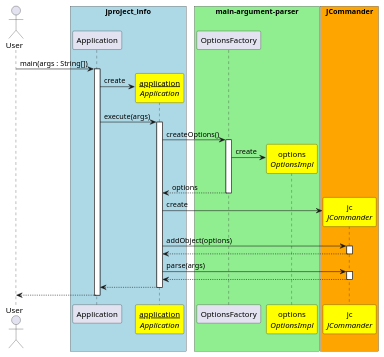
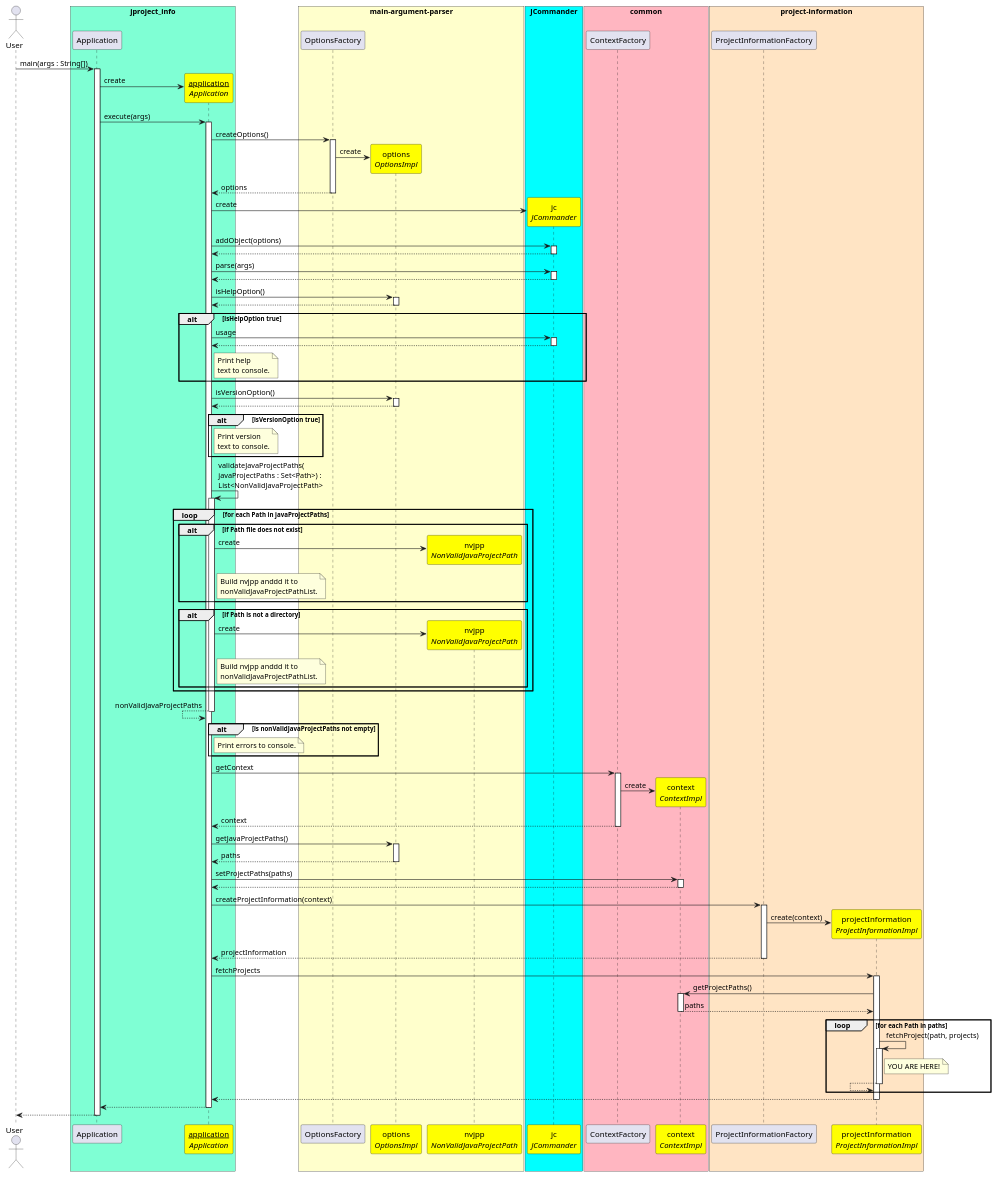
The diagram in sequencediagra.puml (teinelund/jproject-info), drawn with PlantUML before and after one commit.

Commit message:
Added more stuff to the sequence diagram.

```diff
--- a/sequencediagra.puml
+++ b/sequencediagra.puml
@@ -1,42 +1,131 @@
 @startuml
 autoactivate on
 
 actor User
 participant "__application__\n//Application//" as Application1 #Yellow
 participant "options\n//OptionsImpl//" as OptionsImpl1 #Yellow
 participant "jc\n//JCommander//" as JCommander1 #Yellow
+participant "nvjpp\n//NonValidJavaProjectPath//" as NonValidJavaProjectPath1 #Yellow
+participant "context\n//ContextImpl//" as ContextImpl1 #Yellow
+participant "projectInformation\n//ProjectInformationImpl//" as ProjectInformationImpl1 #Yellow
 
-box "jproject_info" #LightBlue
+box "jproject_info" #Aquamarine
 participant Application
 participant Application1
 end box
 
-box "main-argument-parser" #LightGreen
+box "main-argument-parser" #Business
 participant OptionsFactory
 participant OptionsImpl1
+participant NonValidJavaProjectPath1
 end box
 
-box "JCommander" #Orange
+box "JCommander" #Cyan
 participant JCommander1
+end box
+
+box "common" #LightPink
+participant ContextFactory
+participant ContextImpl1
+end box
+
+box "project-information" #Bisque
+participant ProjectInformationFactory
+participant ProjectInformationImpl1
 end box
 
 User -> Application : main(args : String[])
 
 Application -> Application1 ** : create
 Application -> Application1 : execute(args)
 
 Application1 -> OptionsFactory : createOptions()
 OptionsFactory -> OptionsImpl1 ** : create
 Application1 <-- OptionsFactory : options
 
 Application1 -> JCommander1 ** : create
 Application1 -> JCommander1 : addObject(options)
 Application1 <-- JCommander1
 
+' Parse command line argumets
 Application1 -> JCommander1 : parse(args)
 Application1 <-- JCommander1
+
+' Is help of version options ivoked?
+Application1 -> OptionsImpl1 : isHelpOption()
+Application1 <-- OptionsImpl1
+
+alt isHelpOption true
+
+    Application1 -> JCommander1 : usage
+    Application1 <-- JCommander1
+
+    note right of Application1: Print help\ntext to console.
+
+end
+
+Application1 -> OptionsImpl1 : isVersionOption()
+Application1 <-- OptionsImpl1
+
+alt isVersionOption true
+    note right of Application1: Print version\ntext to console.
+end
+
+' Business logic
+Application1 -> Application1 : validateJavaProjectPaths(\njavaProjectPaths : Set<Path>) : \nList<NonValidJavaProjectPath>
+
+    loop for each Path in javaProjectPaths
+        alt if Path file does not exist
+            Application1 -> NonValidJavaProjectPath1 ** : create
+
+            note right of Application1: Build nvjpp and\add it to\nnonValidJavaProjectPathList.
+        end
+
+        alt if Path is not a directory
+            Application1 -> NonValidJavaProjectPath1 ** : create
+
+            note right of Application1: Build nvjpp and\add it to\nnonValidJavaProjectPathList.
+        end
+    end
+
+Application1 <-- Application1 : nonValidJavaProjectPaths
+
+alt is nonValidJavaProjectPaths not empty
+    note right of Application1: Print errors to console.
+end
+
+Application1 -> ContextFactory : getContext
+ContextFactory -> ContextImpl1 ** : create
+Application1 <-- ContextFactory : context
+
+Application1 -> OptionsImpl1 : getJavaProjectPaths()
+Application1 <-- OptionsImpl1 : paths
+
+Application1 -> ContextImpl1 : setProjectPaths(paths)
+Application1 <-- ContextImpl1
+
+Application1 -> ProjectInformationFactory : createProjectInformation(context)
+ProjectInformationFactory -> ProjectInformationImpl1 ** : create(context)
+Application1 <-- ProjectInformationFactory : projectInformation
+
+' Fetch Projects
+Application1 -> ProjectInformationImpl1 : fetchProjects
+ProjectInformationImpl1 -> ContextImpl1 : getProjectPaths()
+ProjectInformationImpl1 <-- ContextImpl1 : paths
+
+loop for each Path in paths
+    ProjectInformationImpl1 -> ProjectInformationImpl1 : fetchProject(path, projects)
+
+        note right of ProjectInformationImpl1: YOU ARE HERE!
+
+    ProjectInformationImpl1 <-- ProjectInformationImpl1
+end
+
+Application1 <-- ProjectInformationImpl1
+' End of Fetch Project
+
 
 Application <-- Application1
 
 User <-- Application
 @enduml
```
